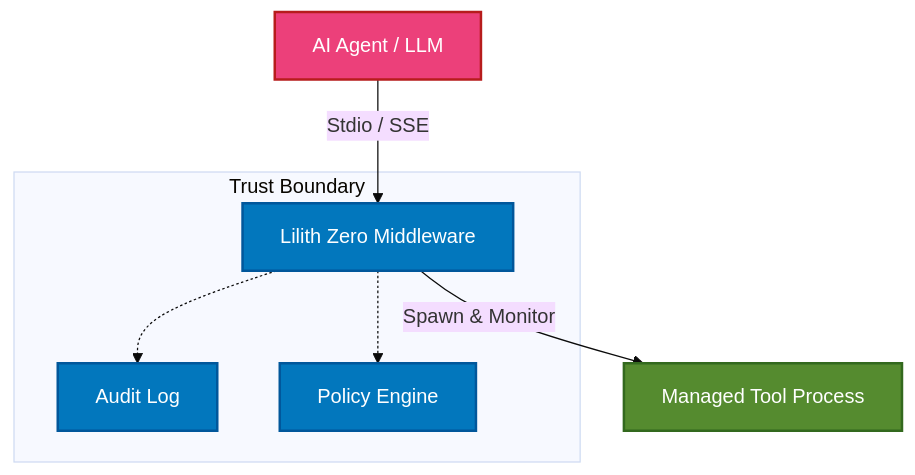
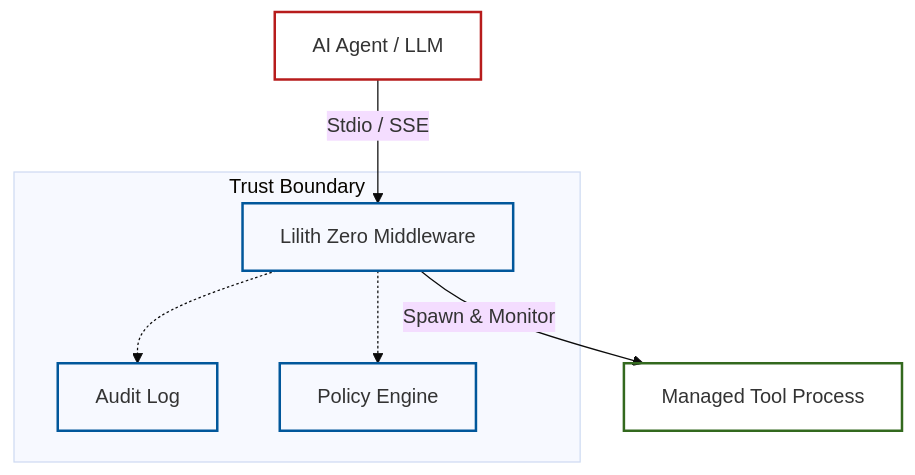
The diagram in docs/concepts/architecture.md (BadC-mpany/lilith-zero), drawn with Mermaid (base theme) before and after one commit.

````diff
--- a/docs/concepts/architecture.md
+++ b/docs/concepts/architecture.md
@@ -13,23 +13,23 @@
 ```mermaid
 graph TD
-    classDef trusted fill:#0277bd,stroke:#01579b,stroke-width:2px,color:#fff;
-    classDef untrusted fill:#ec407a,stroke:#b71c1c,stroke-width:2px,color:#fff;
-    classDef managed fill:#558b2f,stroke:#33691e,stroke-width:2px,color:#fff;
+    classDef trusted fill:transparent,stroke:#01579b,stroke-width:2px;
+    classDef untrusted fill:transparent,stroke:#b71c1c,stroke-width:2px;
+    classDef managed fill:transparent,stroke:#33691e,stroke-width:2px;
 
     Agent[AI Agent / LLM]:::untrusted
     Middleware[Lilith Zero Middleware]:::trusted
     tool_proc[Managed Tool Process]:::managed
     audit_log[Audit Log]:::trusted
     policy[Policy Engine]:::trusted
 
     Agent -- "Stdio / SSE" --> Middleware
     Middleware -- "Spawn & Monitor" --> tool_proc
     Middleware -.-> audit_log
     Middleware -.-> policy
 
     subgraph "Trust Boundary"
         Middleware
         audit_log
         policy
     end
 ```
````
